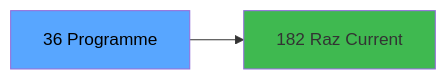
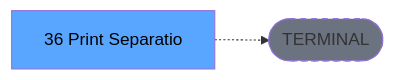
Before and after one commit to thonyAGP/lecteur-magic: the third of 3 diagrams in .openspec/renders/ADH-IDE-36.md, drawn with Mermaid. The commit also changed other lines of this file and 701 other files, not shown here.

````diff
--- a/.openspec/renders/ADH-IDE-36.md
+++ b/.openspec/renders/ADH-IDE-36.md
@@ -151,8 +137,8 @@
 ```mermaid
 graph LR
-    T[36 Programme]
-    C182[182 Raz Current ]
-    T --> C182
+    T[36 Print Separatio]
+    TERM([TERMINAL])
+    T -.-> TERM
+    style TERM fill:#6b7280,stroke-dasharray: 5 5
     style T fill:#58a6ff,color:#000
-    style C182 fill:#3fb950
 ```
````
